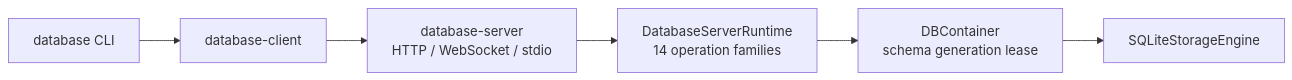
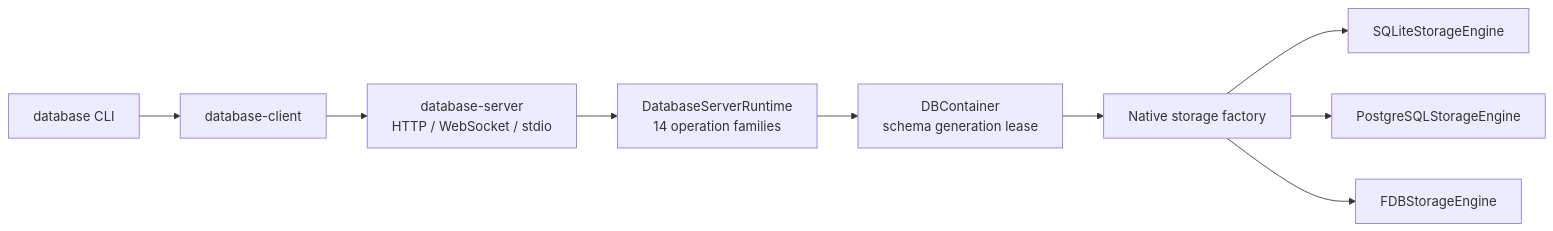
The diagram in README.md (1amageek/database-server), drawn with Mermaid before and after one commit. The commit also changed other lines of this file and 13 other files, not shown here.

Commit message:
Add selectable native storage backends

````diff
--- a/README.md
+++ b/README.md
@@ -9,8 +9,11 @@
 ```mermaid
 flowchart LR
     CLI["database CLI"] --> Client["database-client"]
     Client --> Host["database-server<br/>HTTP / WebSocket / stdio"]
     Host --> Runtime["DatabaseServerRuntime<br/>14 operation families"]
     Runtime --> Container["DBContainer<br/>schema generation lease"]
-    Container --> SQLite["SQLiteStorageEngine"]
+    Container --> Factory["Native storage factory"]
+    Factory --> SQLite["SQLiteStorageEngine"]
+    Factory --> PostgreSQL["PostgreSQLStorageEngine"]
+    Factory --> FDB["FDBStorageEngine"]
 ```
````
